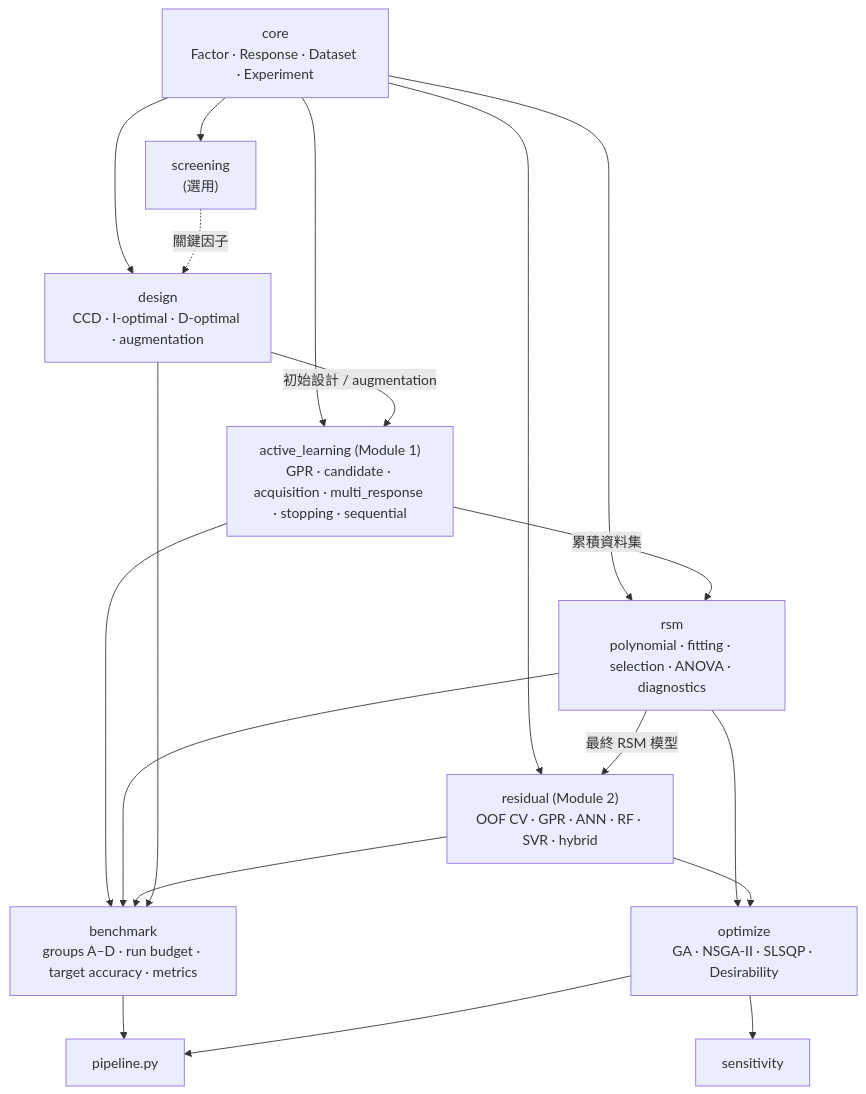
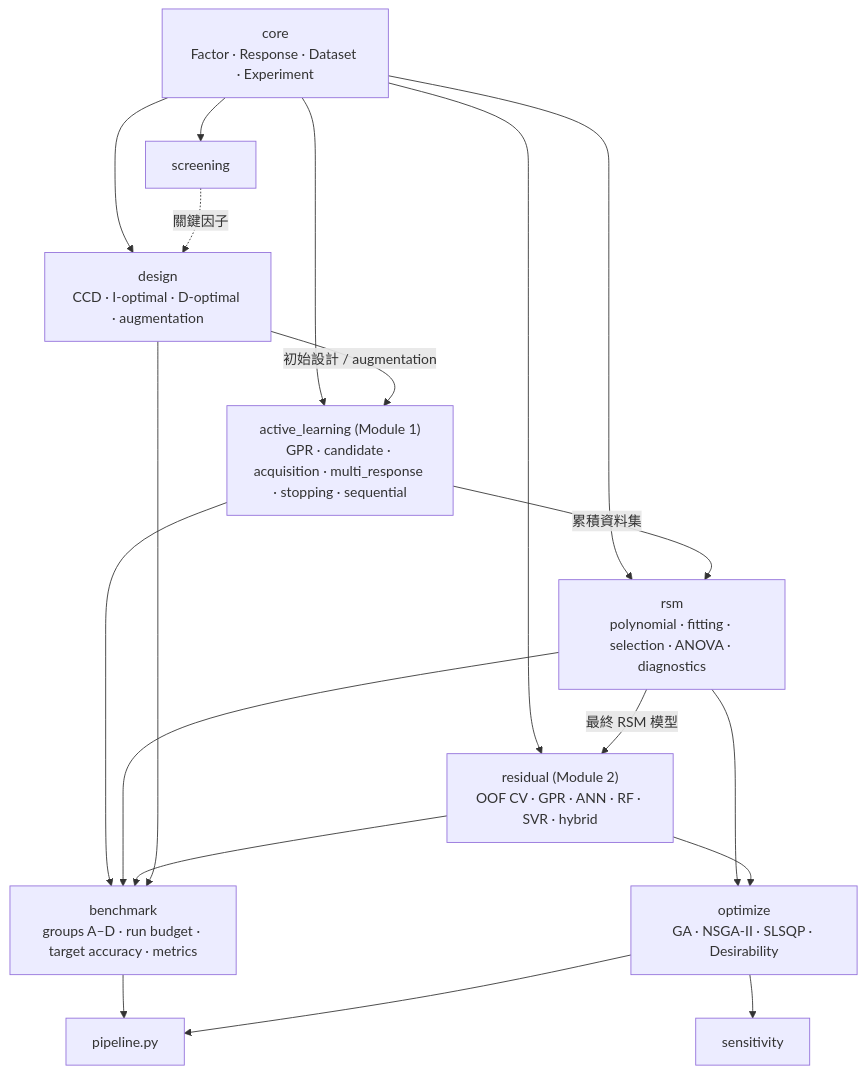
Before and after one commit to Kelvin-Hua05/ADoRE: the first of 2 diagrams in architecture.md, drawn with Mermaid.

````diff
--- a/architecture.md
+++ b/architecture.md
@@ -8,32 +8,32 @@
 ```mermaid
 flowchart TD
     core["core<br/>Factor · Response · Dataset · Experiment"]
-    screening["screening<br/>(選用)"]
+    screening["screening"]
     design["design<br/>CCD · I-optimal · D-optimal · augmentation"]
     al["active_learning (Module 1)<br/>GPR · candidate · acquisition · multi_response · stopping · sequential"]
     rsm["rsm<br/>polynomial · fitting · selection · ANOVA · diagnostics"]
     residual["residual (Module 2)<br/>OOF CV · GPR · ANN · RF · SVR · hybrid"]
     bench["benchmark<br/>groups A–D · run budget · target accuracy · metrics"]
     opt["optimize<br/>GA · NSGA-II · SLSQP · Desirability"]
     sens["sensitivity"]
     pipe["pipeline.py"]
 
     core --> screening
     core --> design
     core --> al
     core --> rsm
     core --> residual
     screening -.->|關鍵因子| design
     design -->|初始設計 / augmentation| al
     al -->|累積資料集| rsm
     rsm -->|最終 RSM 模型| residual
     al --> bench
     rsm --> bench
     residual --> bench
     design --> bench
     rsm --> opt
     residual --> opt
     opt --> sens
     bench --> pipe
     opt --> pipe
 ```
````
